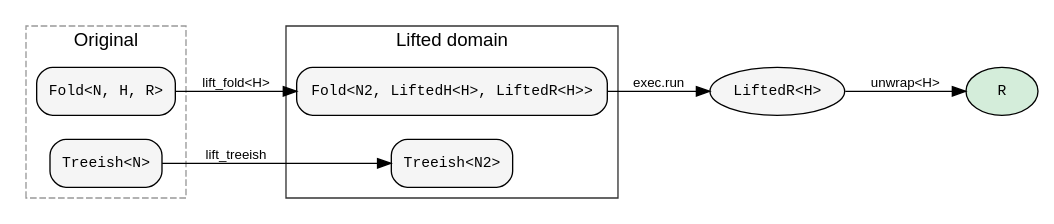
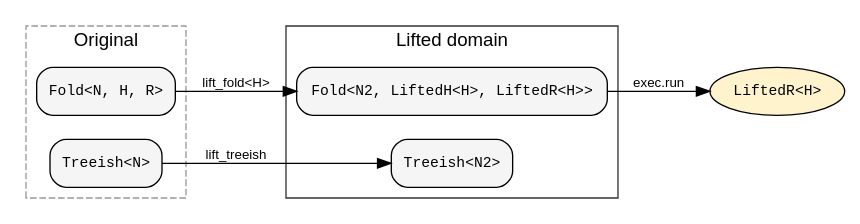
The second of 2 diagrams in book/src/concepts/transforms.md (hylic-recursion/hylic-docs), drawn with Graphviz before and after one commit. The commit also changed other lines of this file and 53 other files, not shown here.

````diff
--- a/book/src/concepts/transforms.md
+++ b/book/src/concepts/transforms.md
@@ -53,29 +53,27 @@
 ```dot process
 digraph {
     rankdir=LR;
     node [shape=box, style="rounded,filled", fillcolor="#f5f5f5", fontname="monospace", fontsize=11];
     edge [fontname="sans-serif", fontsize=10];
 
     subgraph cluster_orig {
         label="Original";
         style=dashed; color="#999999"; fontname="sans-serif";
         F [label="Fold<N, H, R>"];
         T [label="Treeish<N>"];
     }
 
     subgraph cluster_lifted {
         label="Lifted domain";
         style=solid; color="#333333"; fontname="sans-serif";
         F2 [label="Fold<N2, LiftedH<H>, LiftedR<H>>"];
         T2 [label="Treeish<N2>"];
     }
 
-    R2 [label="LiftedR<H>", shape=ellipse];
-    R  [label="R", shape=ellipse, style=filled, fillcolor="#d4edda"];
+    R2 [label="LiftedR<H>", shape=ellipse, style=filled, fillcolor="#fff3cd"];
 
     F -> F2 [label="lift_fold<H>"];
     T -> T2 [label="lift_treeish"];
     F2 -> R2 [label="exec.run"];
-    R2 -> R  [label="unwrap<H>"];
 }
 ```
````
